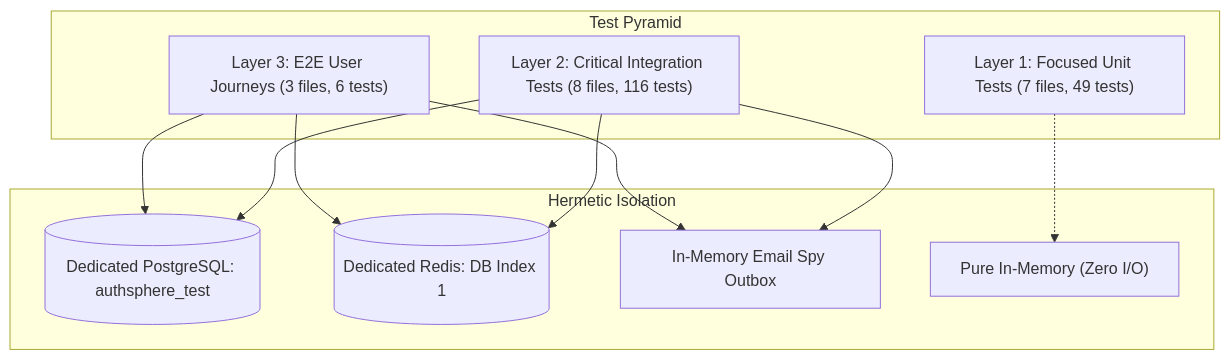
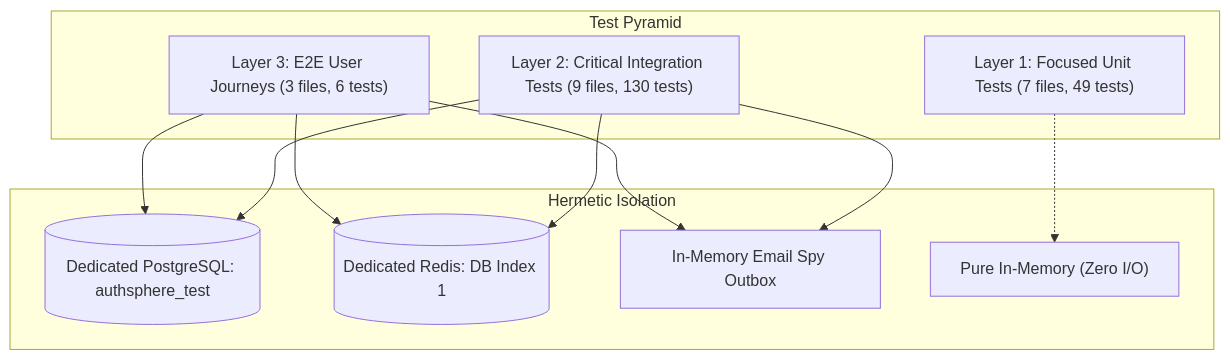
The tenth of 10 diagrams in docs/ARCHITECTURE.md (utkarshj014/authsphere), drawn with Mermaid before and after one commit. The commit also changed other lines of this file and 19 other files, not shown here.

````diff
--- a/docs/ARCHITECTURE.md
+++ b/docs/ARCHITECTURE.md
@@ -531,15 +568,15 @@
 ```mermaid
 graph TD
     subgraph TP ["Test Pyramid"]
         E2E["Layer 3: E2E User Journeys (3 files, 6 tests)"]
-        INT["Layer 2: Critical Integration Tests (8 files, 116 tests)"]
+        INT["Layer 2: Critical Integration Tests (9 files, 130 tests)"]
         UNIT["Layer 1: Focused Unit Tests (7 files, 49 tests)"]
     end
 
     subgraph HI ["Hermetic Isolation"]
         E2E & INT --> TestDB[("Dedicated PostgreSQL: authsphere_test")]
         E2E & INT --> TestRedis[("Dedicated Redis: DB Index 1")]
         E2E & INT --> EmailSpy["In-Memory Email Spy Outbox"]
         UNIT -.-> PureMemory["Pure In-Memory (Zero I/O)"]
     end
 ```
````
